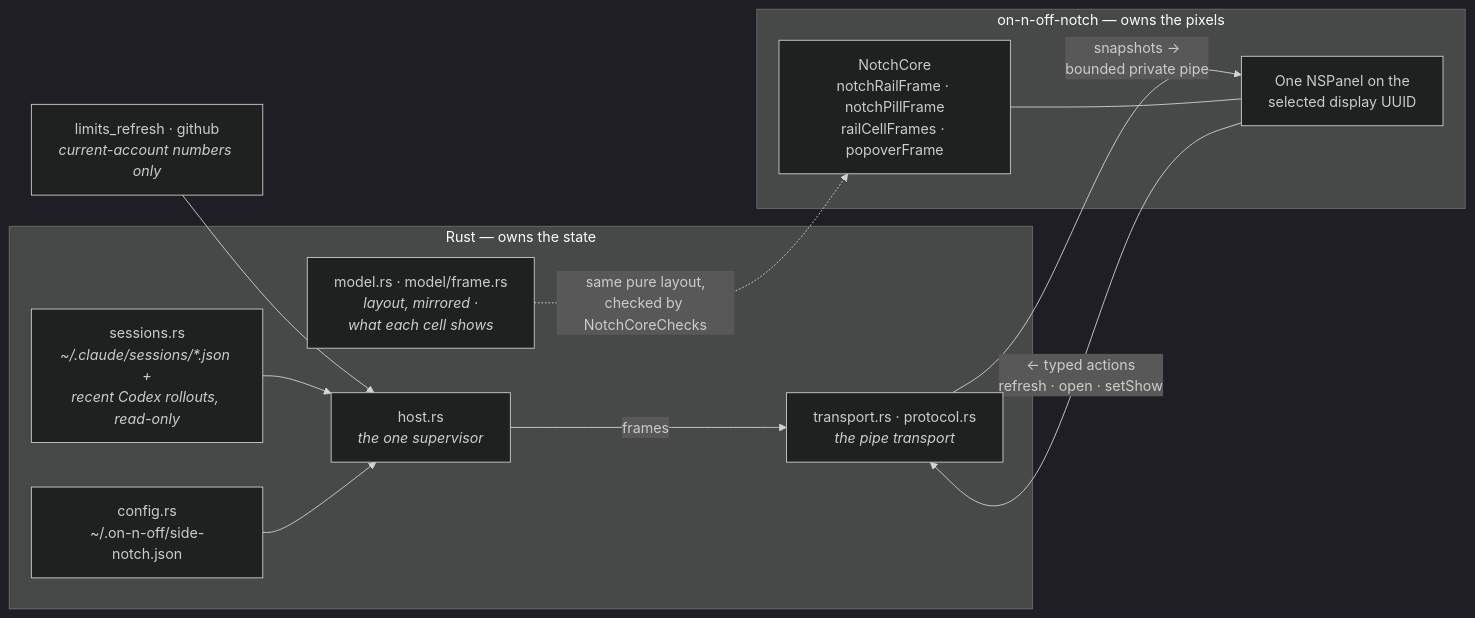
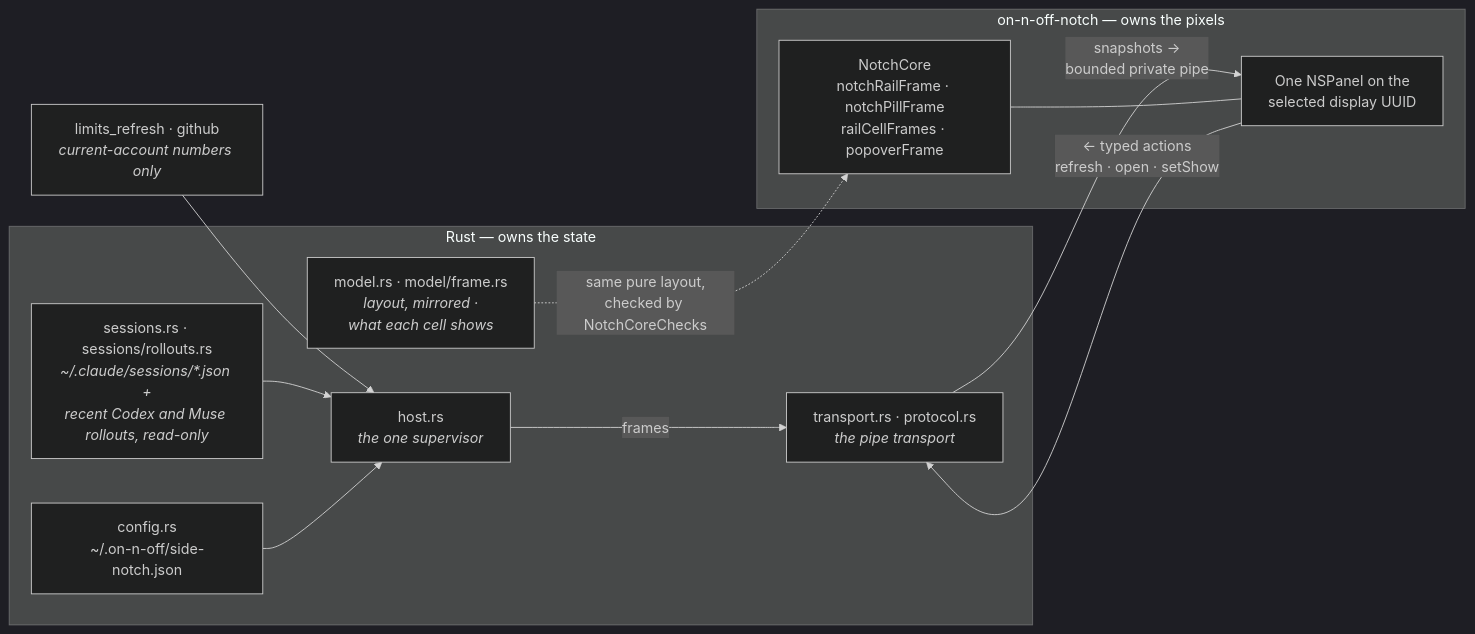
The diagram in docs/architecture/side-notch.md (giostriquer/on-n-off), drawn with Mermaid (dark theme) before and after one commit. The commit also changed other lines of this file and 5 other files, not shown here.

````diff
--- a/docs/architecture/side-notch.md
+++ b/docs/architecture/side-notch.md
@@ -155,26 +197,26 @@
 ```mermaid
 flowchart LR
     subgraph rust["Rust — owns the state"]
         cfg["config.rs<br/>~/.on-n-off/side-notch.json"]
         host["host.rs<br/><i>the one supervisor</i>"]
         pipe["transport.rs · protocol.rs<br/><i>the pipe transport</i>"]
-        sess["sessions.rs<br/><i>~/.claude/sessions/*.json +<br/>recent Codex rollouts, read-only</i>"]
+        sess["sessions.rs · sessions/rollouts.rs<br/><i>~/.claude/sessions/*.json +<br/>recent Codex and Muse rollouts, read-only</i>"]
         model["model.rs · model/frame.rs<br/><i>layout, mirrored ·<br/>what each cell shows</i>"]
     end
 
     subgraph helper["on-n-off-notch — owns the pixels"]
         core["NotchCore<br/>notchRailFrame · notchPillFrame<br/>railCellFrames · popoverFrame"]
         panel["One NSPanel on the<br/>selected display UUID"]
     end
 
     reads["limits_refresh · github<br/><i>current-account numbers only</i>"]
 
     reads --> host
     sess --> host
     cfg --> host
     host -->|frames| pipe
     pipe -->|"snapshots →<br/>bounded private pipe"| panel
     panel -->|"← typed actions<br/>refresh · open · setShow"| pipe
     core --- panel
     model -.->|"same pure layout,<br/>checked by NotchCoreChecks"| core
 ```
````
